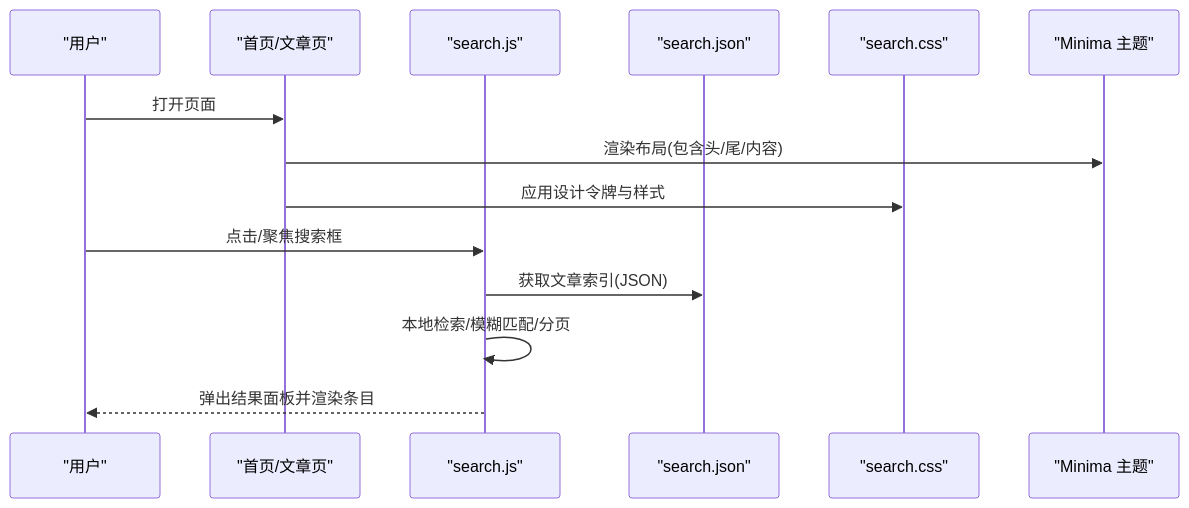
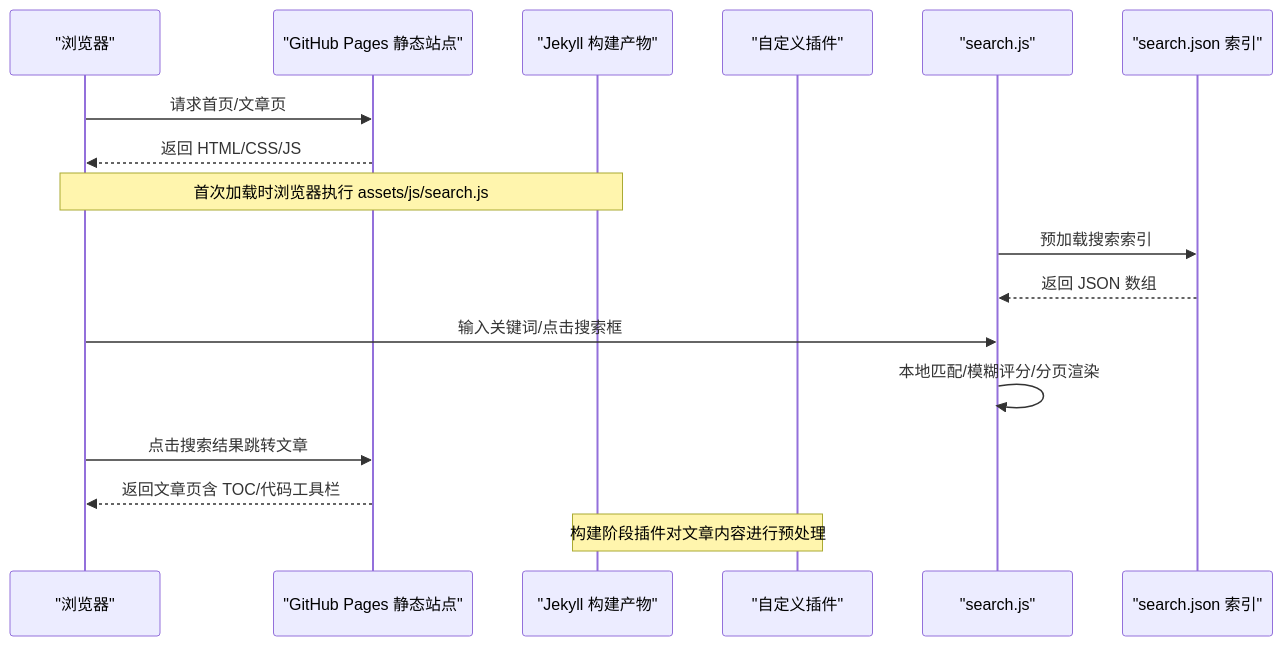
The second of 7 diagrams in .qoder/repowiki/zh/content/项目概述.md (LZC6244/lzc6244.github.io), drawn with Mermaid before and after one commit. The commit also changed other lines of this file and 104 other files, not shown here.

````diff
--- a/.qoder/repowiki/zh/content/项目概述.md
+++ b/.qoder/repowiki/zh/content/项目概述.md
@@ -110,16 +113,19 @@
 ```mermaid
 sequenceDiagram
-participant U as "用户"
-participant H as "首页/文章页"
+participant U as "浏览器"
+participant S as "GitHub Pages 静态站点"
+participant J as "Jekyll 构建产物"
+participant P as "自定义插件"
 participant JS as "search.js"
-participant IDX as "search.json"
-participant CSS as "search.css"
-participant T as "Minima 主题"
-U->>H : 打开页面
-H->>T : 渲染布局(包含头/尾/内容)
-H->>CSS : 应用设计令牌与样式
-U->>JS : 点击/聚焦搜索框
-JS->>IDX : 获取文章索引(JSON)
-JS->>JS : 本地检索/模糊匹配/分页
-JS-->>U : 弹出结果面板并渲染条目
+participant IDX as "search.json 索引"
+U->>S : 请求首页/文章页
+S-->>U : 返回 HTML/CSS/JS
+Note over U,J : 首次加载时浏览器执行 assets/js/search.js
+JS->>IDX : 预加载搜索索引
+IDX-->>JS : 返回 JSON 数组
+U->>JS : 输入关键词/点击搜索框
+JS->>JS : 本地匹配/模糊评分/分页渲染
+U->>S : 点击搜索结果跳转文章
+S-->>U : 返回文章页含 TOC/代码工具栏
+Note over P,J : 构建阶段插件对文章内容进行预处理
 ```
````
